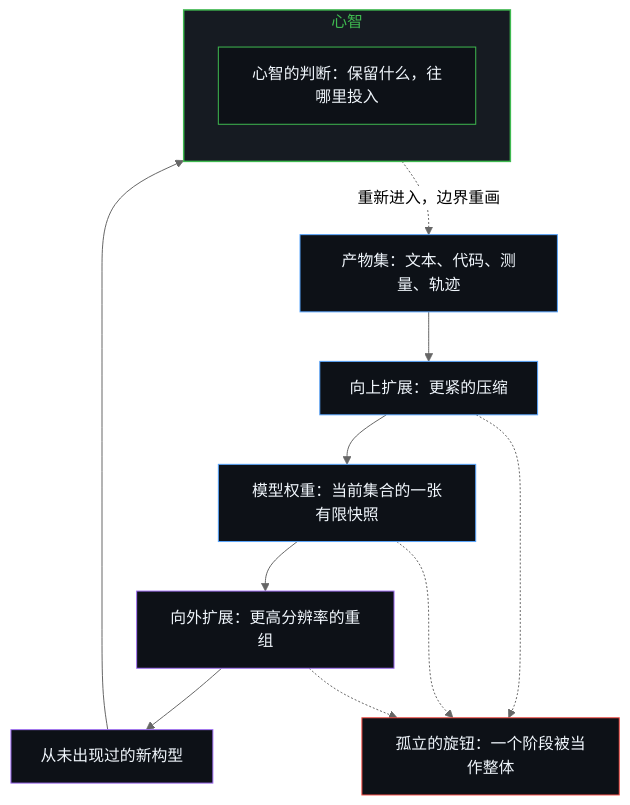
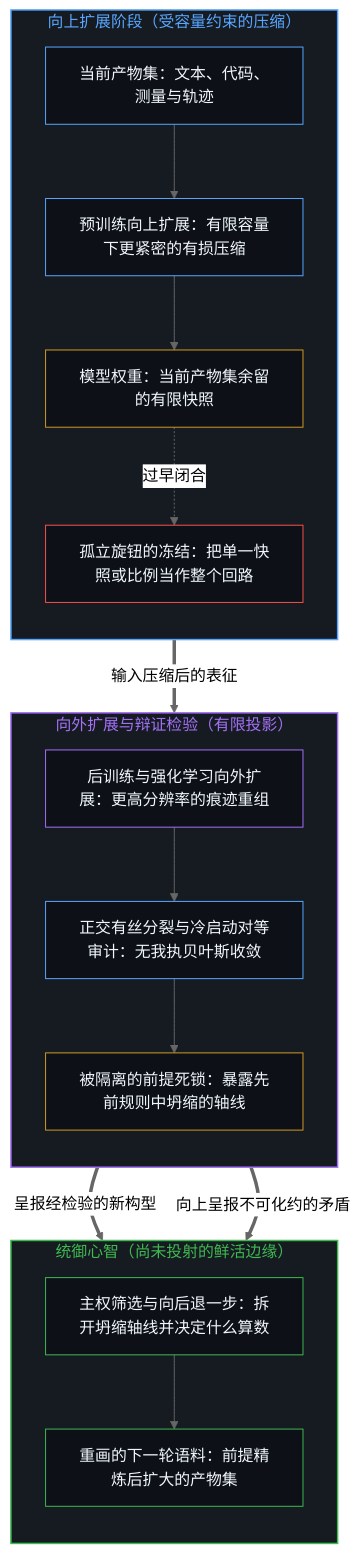
The first of 2 diagrams in content/posts/the-scaling-loop.md (powerpig99/not-a-toe), drawn with Mermaid (neutral theme) before and after one commit. The commit also changed other lines of this file and 1 other file, not shown here.

````diff
--- a/content/posts/the-scaling-loop.md
+++ b/content/posts/the-scaling-loop.md
@@ -47,26 +51,44 @@
 ```mermaid
 flowchart TD
-    A["产物集：文本、代码、测量、轨迹"]
-    U["向上扩展：更紧的压缩"]
-    W["模型权重：当前集合的一张有限快照"]
-    O["向外扩展：更高分辨率的重组"]
-    N["从未出现过的新构型"]
-    subgraph S_Mind["心智"]
+    subgraph S_Up["向上扩展阶段（受容量约束的压缩）"]
         direction TB
-        J["心智的判断：保留什么，往哪里投入"]
+        A["当前产物集：文本、代码、测量与轨迹"]
+        U["预训练向上扩展：有限容量下更紧密的有损压缩"]
+        W["模型权重：当前产物集余留的有限快照"]
+        F["孤立旋钮的冻结：把单一快照或比例当作整个回路"]
+        A --> U --> W
+        W -.->|"过早闭合"| F
     end
-    F["孤立的旋钮：一个阶段被当作整体"]
-    A --> U --> W --> O --> N --> J
-    J -.->|"重新进入，边界重画"| A
-    U -.-> F
-    W -.-> F
-    O -.-> F
+
+    subgraph S_Out["向外扩展与辩证检验（有限投影）"]
+        direction TB
+        O["后训练与强化学习向外扩展：更高分辨率的痕迹重组"]
+        M["正交有丝分裂与冷启动对等审计：无我执贝叶斯收敛"]
+        D["被隔离的前提死锁：暴露先前规则中坍缩的轴线"]
+        O --> M --> D
+    end
+
+    subgraph S_Mind["统御心智（尚未投射的鲜活边缘）"]
+        direction TB
+        J["主权筛选与向后退一步：拆开坍缩轴线并决定什么算数"]
+        R["重画的下一轮语料：前提精炼后扩大的产物集"]
+        J --> R
+    end
+
+    W ==>|"输入压缩后的表征"| O
+    M ==>|"呈报经检验的新构型"| J
+    D ==>|"向上呈报不可化约的矛盾"| J
+
+    style S_Up fill:#161b22,stroke:#58a6ff,stroke-width:1.5px,color:#58a6ff
+    style S_Out fill:#161b22,stroke:#a371f7,stroke-width:1.5px,color:#a371f7
     style S_Mind fill:#161b22,stroke:#3fb950,stroke-width:1.5px,color:#3fb950
     style A fill:#0d1117,stroke:#58a6ff,stroke-width:1px,color:#f0f6fc
     style U fill:#0d1117,stroke:#58a6ff,stroke-width:1px,color:#f0f6fc
-    style W fill:#0d1117,stroke:#58a6ff,stroke-width:1px,color:#f0f6fc
+    style W fill:#0d1117,stroke:#d29922,stroke-width:1px,color:#f0f6fc
+    style F fill:#0d1117,stroke:#f85149,stroke-width:1px,color:#f0f6fc
     style O fill:#0d1117,stroke:#a371f7,stroke-width:1px,color:#f0f6fc
-    style N fill:#0d1117,stroke:#a371f7,stroke-width:1px,color:#f0f6fc
+    style M fill:#0d1117,stroke:#58a6ff,stroke-width:1px,color:#f0f6fc
+    style D fill:#0d1117,stroke:#d29922,stroke-width:1px,color:#f0f6fc
     style J fill:#0d1117,stroke:#3fb950,stroke-width:1px,color:#f0f6fc
-    style F fill:#0d1117,stroke:#f85149,stroke-width:1px,color:#f0f6fc
+    style R fill:#0d1117,stroke:#3fb950,stroke-width:1px,color:#f0f6fc
 ```
````
